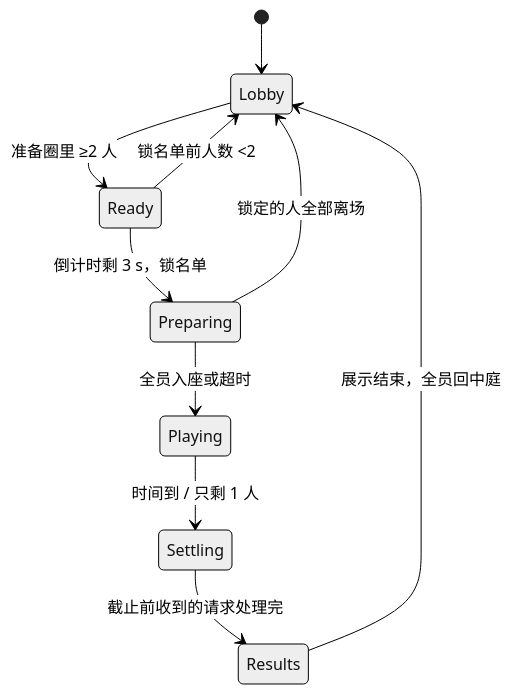
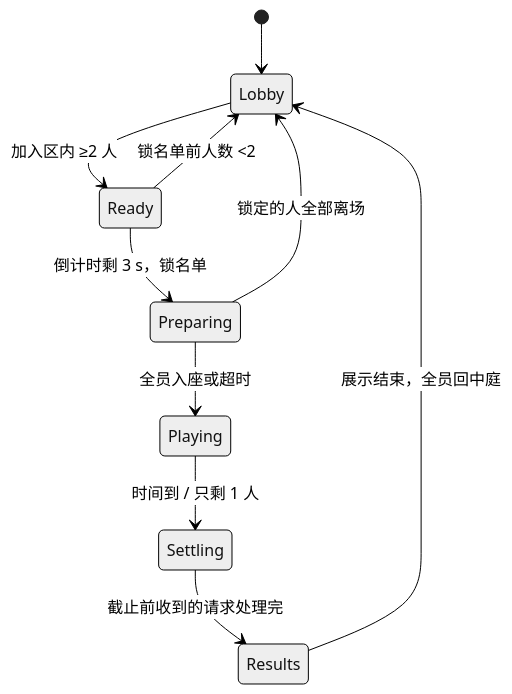
The diagram in Docs/Design/Versus/VERSUS_MODE.md (FuLuTang/VRChatKatamariDanacy), drawn with Mermaid (neutral theme) before and after one commit. The commit also changed other lines of this file and 1 other file, not shown here.

````diff
--- a/Docs/Design/Versus/VERSUS_MODE.md
+++ b/Docs/Design/Versus/VERSUS_MODE.md
@@ -62,12 +62,12 @@
 ```mermaid
 stateDiagram-v2
     [*] --> Lobby
-    Lobby --> Ready: 准备圈里 ≥2 人
+    Lobby --> Ready: 加入区内 ≥2 人
     Ready --> Lobby: 锁名单前人数 <2
     Ready --> Preparing: 倒计时剩 3 s，锁名单
     Preparing --> Playing: 全员入座或超时
     Preparing --> Lobby: 锁定的人全部离场
     Playing --> Settling: 时间到 / 只剩 1 人
     Settling --> Results: 截止前收到的请求处理完
     Results --> Lobby: 展示结束，全员回中庭
 ```
````
